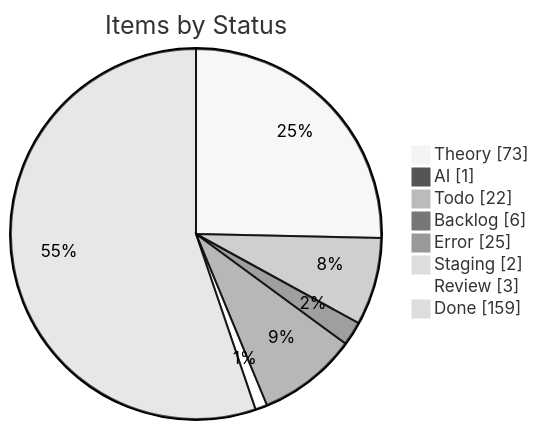
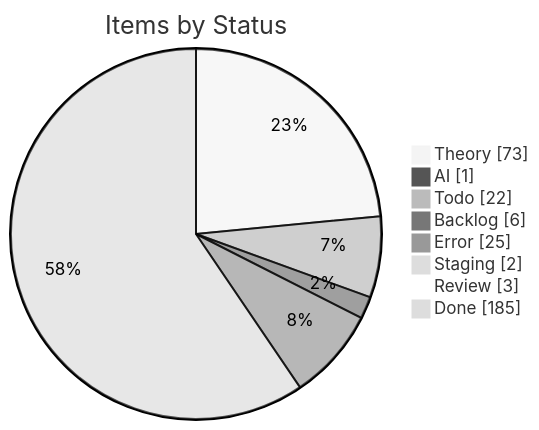
The first of 4 diagrams in apps/kbve/astro-kbve/src/content/docs/dashboard/kanban-data.mdx (KBVE/kbve), drawn with Mermaid (neutral theme) before and after one commit. The commit also changed other lines of this file and 6 other files, not shown here.

````diff
--- a/apps/kbve/astro-kbve/src/content/docs/dashboard/kanban-data.mdx
+++ b/apps/kbve/astro-kbve/src/content/docs/dashboard/kanban-data.mdx
@@ -55,12 +55,12 @@
 ```mermaid
 pie showData
     title Items by Status
     "Theory" : 73
     "AI" : 1
     "Todo" : 22
     "Backlog" : 6
     "Error" : 25
     "Staging" : 2
     "Review" : 3
-    "Done" : 159
+    "Done" : 185
 ```
````
